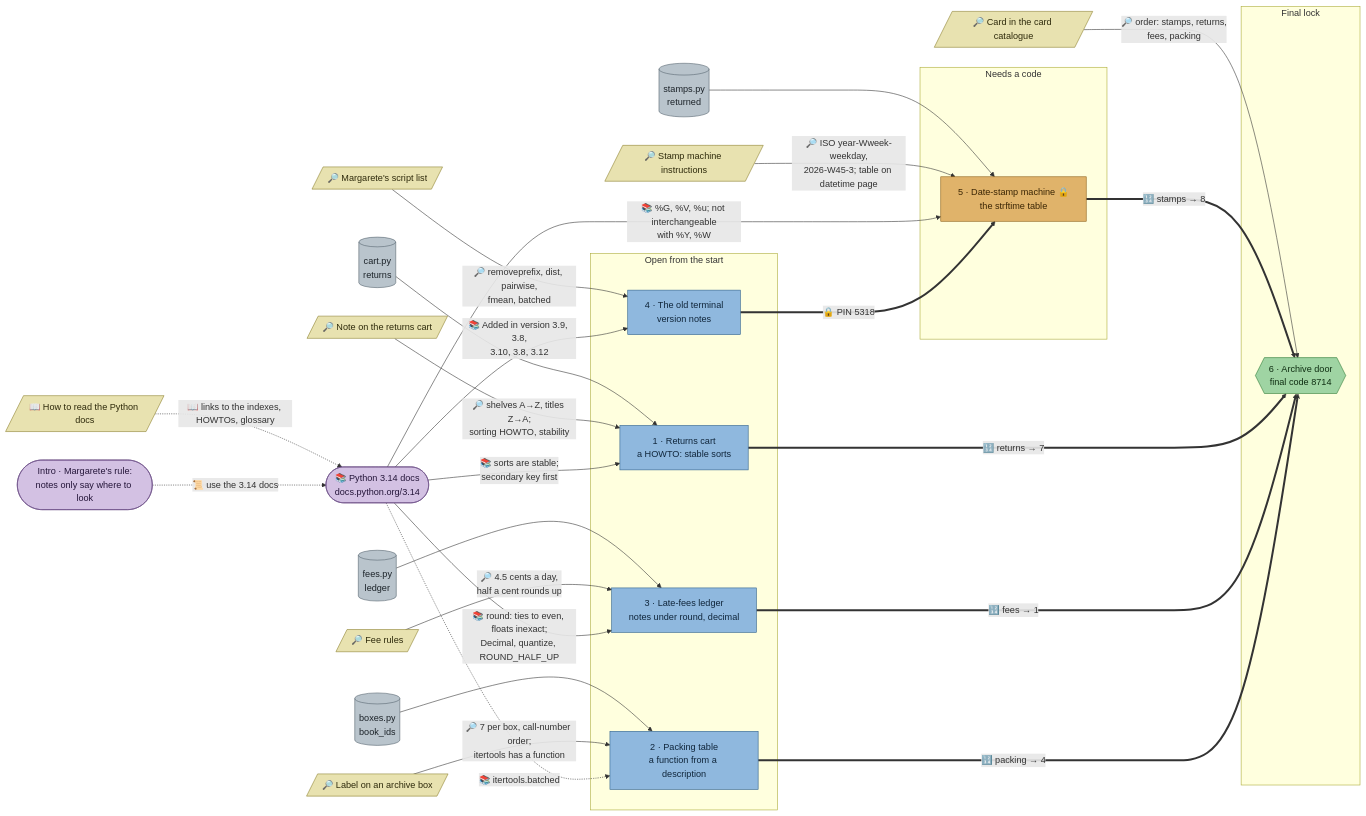
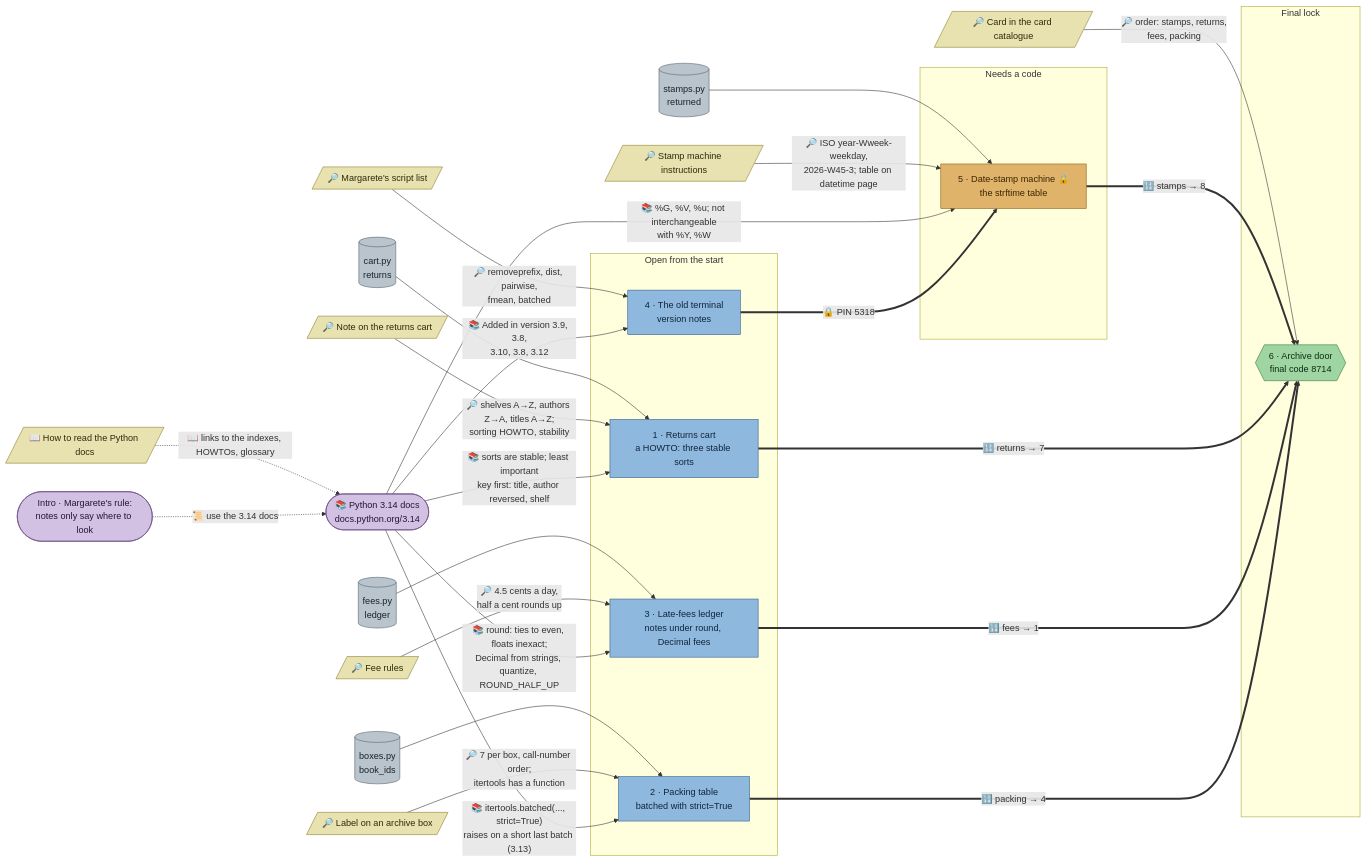
Before and after one commit to mhoffmann-wbs/DataScienceEscapeRooms: the diagram in docs/flows/python-docs.md, drawn with Mermaid. The commit also changed other lines of this file and 7 other files, not shown here.

````diff
--- a/docs/flows/python-docs.md
+++ b/docs/flows/python-docs.md
@@ -7,74 +7,74 @@
 ```mermaid
 flowchart LR
   intro(["Intro · Margarete's rule:<br/>notes only say where to look"])
   docs(["📚 Python 3.14 docs<br/>docs.python.org/3.14"])
   handbook[/"📖 How to read the Python docs"/]
 
   cartnote[/"🔎 Note on the returns cart"/]
   boxlabel[/"🔎 Label on an archive box"/]
   feerules[/"🔎 Fee rules"/]
   scriptlist[/"🔎 Margarete's script list"/]
   stampinstructions[/"🔎 Stamp machine instructions"/]
   cataloguecard[/"🔎 Card in the card catalogue"/]
 
   d_cart[("cart.py<br/>returns")]
   d_boxes[("boxes.py<br/>book_ids")]
   d_fees[("fees.py<br/>ledger")]
   d_stamps[("stamps.py<br/>returned")]
 
   subgraph p1["Open from the start"]
-    cart["1 · Returns cart<br/>a HOWTO: stable sorts"]
-    boxes["2 · Packing table<br/>a function from a description"]
-    fees["3 · Late-fees ledger<br/>notes under round, decimal"]
+    cart["1 · Returns cart<br/>a HOWTO: three stable sorts"]
+    boxes["2 · Packing table<br/>batched with strict=True"]
+    fees["3 · Late-fees ledger<br/>notes under round, Decimal fees"]
     terminal["4 · The old terminal<br/>version notes"]
   end
 
   subgraph p2["Needs a code"]
     stamps["5 · Date-stamp machine 🔒<br/>the strftime table"]
   end
 
   subgraph p3["Final lock"]
     door{{"6 · Archive door<br/>final code 8714"}}
   end
 
   d_cart --> cart
   d_boxes --> boxes
   d_fees --> fees
   d_stamps --> stamps
 
   handbook -.->|"📖 links to the indexes, HOWTOs, glossary"| docs
   intro -.->|"📜 use the 3.14 docs"| docs
 
-  cartnote -->|"🔎 shelves A→Z, titles Z→A;<br/>sorting HOWTO, stability"| cart
+  cartnote -->|"🔎 shelves A→Z, authors Z→A, titles A→Z;<br/>sorting HOWTO, stability"| cart
   boxlabel -->|"🔎 7 per box, call-number order;<br/>itertools has a function"| boxes
   feerules -->|"🔎 4.5 cents a day,<br/>half a cent rounds up"| fees
   scriptlist -->|"🔎 removeprefix, dist, pairwise,<br/>fmean, batched"| terminal
   stampinstructions -->|"🔎 ISO year-Wweek-weekday,<br/>2026-W45-3; table on datetime page"| stamps
   cataloguecard -->|"🔎 order: stamps, returns,<br/>fees, packing"| door
 
-  docs -->|"📚 sorts are stable;<br/>secondary key first"| cart
-  docs -.->|"📚 itertools.batched"| boxes
-  docs -->|"📚 round: ties to even, floats inexact;<br/>Decimal, quantize, ROUND_HALF_UP"| fees
+  docs -->|"📚 sorts are stable; least important<br/>key first: title, author reversed, shelf"| cart
+  docs -->|"📚 itertools.batched(..., strict=True)<br/>raises on a short last batch (3.13)"| boxes
+  docs -->|"📚 round: ties to even, floats inexact;<br/>Decimal from strings, quantize, ROUND_HALF_UP"| fees
   docs -->|"📚 Added in version 3.9, 3.8,<br/>3.10, 3.8, 3.12"| terminal
   docs -->|"📚 %G, %V, %u; not interchangeable<br/>with %Y, %W"| stamps
 
   terminal ==>|"🔒 PIN 5318"| stamps
 
   stamps ==>|"🔢 stamps → 8"| door
   cart ==>|"🔢 returns → 7"| door
   fees ==>|"🔢 fees → 1"| door
   boxes ==>|"🔢 packing → 4"| door
 
   classDef station fill:#8fb8de,stroke:#2b5d8a,color:#10263b
   classDef locked fill:#e0b36a,stroke:#8a5a12,color:#3a2504
   classDef clue fill:#e8e2b0,stroke:#8a7f2b,color:#2e2a0b
   classDef data fill:#b9c4cc,stroke:#55636e,color:#1c2329
   classDef final fill:#9fd4a3,stroke:#2f7a36,color:#0f2e12
   classDef intro fill:#d3c1e3,stroke:#6a4c86,color:#25163a
   class cart,boxes,fees,terminal station
   class stamps locked
   class cartnote,boxlabel,feerules,scriptlist,stampinstructions,cataloguecard,handbook clue
   class d_cart,d_boxes,d_fees,d_stamps data
   class door final
   class intro,docs intro
 ```
````
